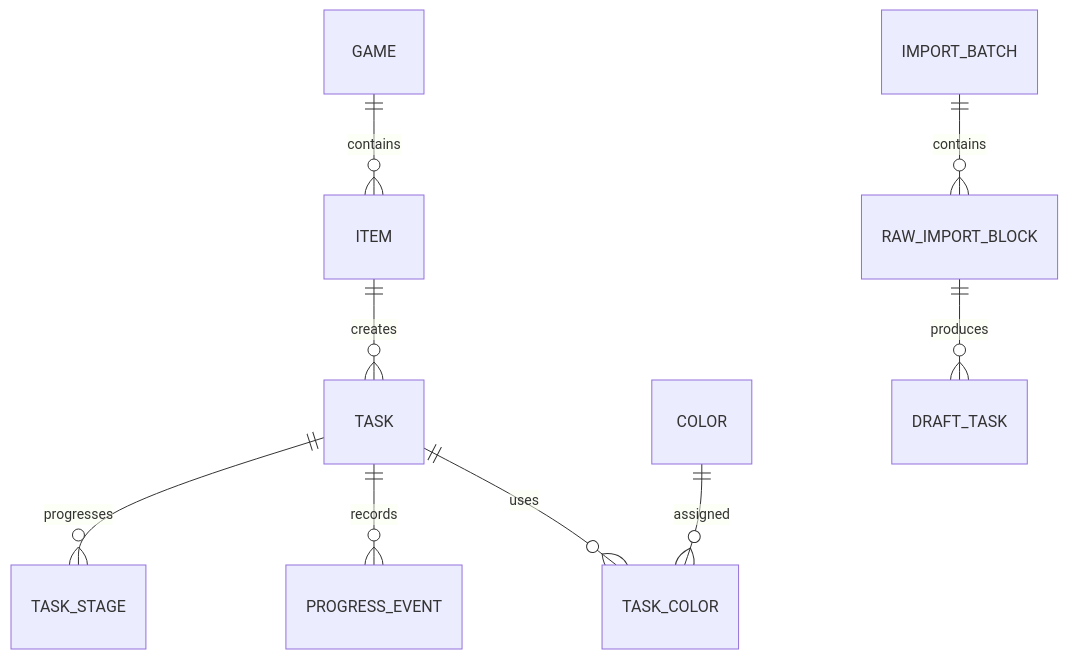
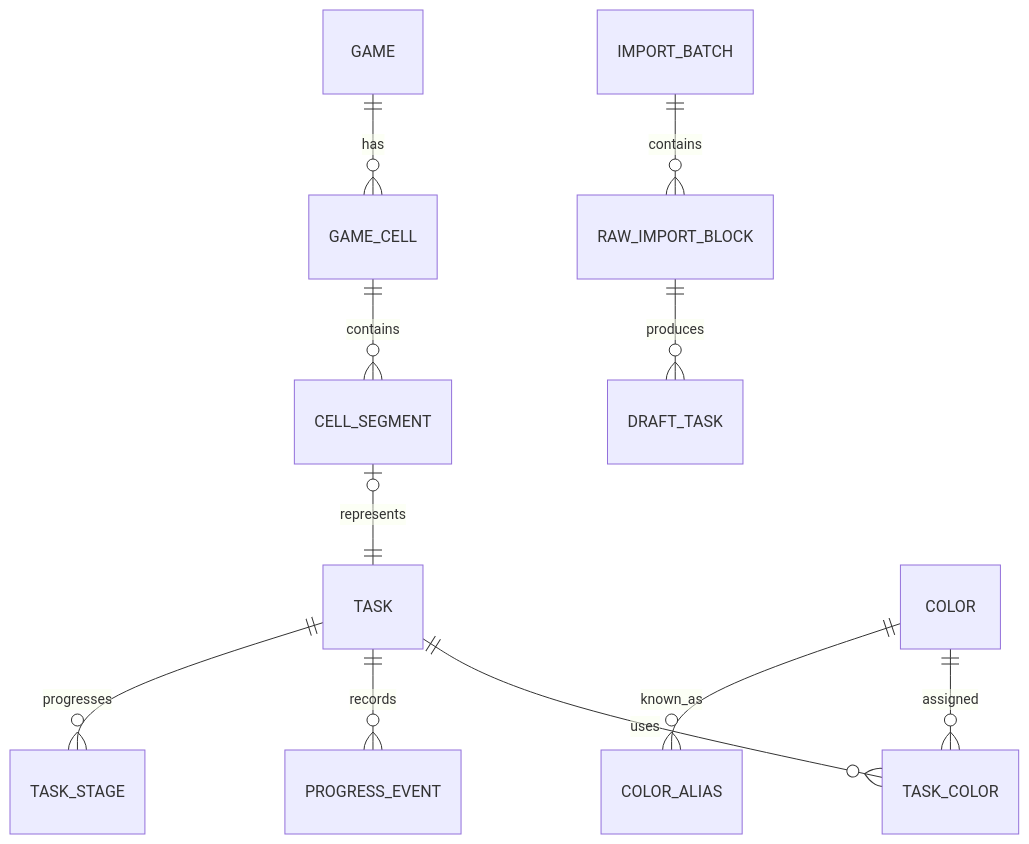
The diagram in PLAN.md (Abisiba/pnp-tracker), drawn with Mermaid before and after one commit. The commit also changed other lines of this file, not shown here.

````diff
--- a/PLAN.md
+++ b/PLAN.md
@@ -104,11 +120,13 @@
 ```mermaid
 erDiagram
-    GAME ||--o{ ITEM : contains
-    ITEM ||--o{ TASK : creates
+    GAME ||--o{ GAME_CELL : has
+    GAME_CELL ||--o{ CELL_SEGMENT : contains
+    CELL_SEGMENT |o--|| TASK : represents
     TASK ||--o{ TASK_COLOR : uses
     COLOR ||--o{ TASK_COLOR : assigned
+    COLOR ||--o{ COLOR_ALIAS : known_as
     TASK ||--o{ PROGRESS_EVENT : records
     TASK ||--o{ TASK_STAGE : progresses
     IMPORT_BATCH ||--o{ RAW_IMPORT_BLOCK : contains
     RAW_IMPORT_BLOCK ||--o{ DRAFT_TASK : produces
 ```
````
